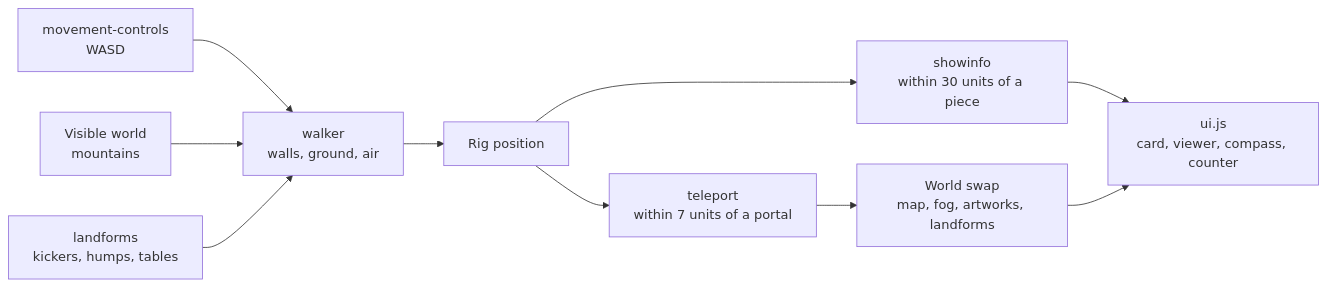
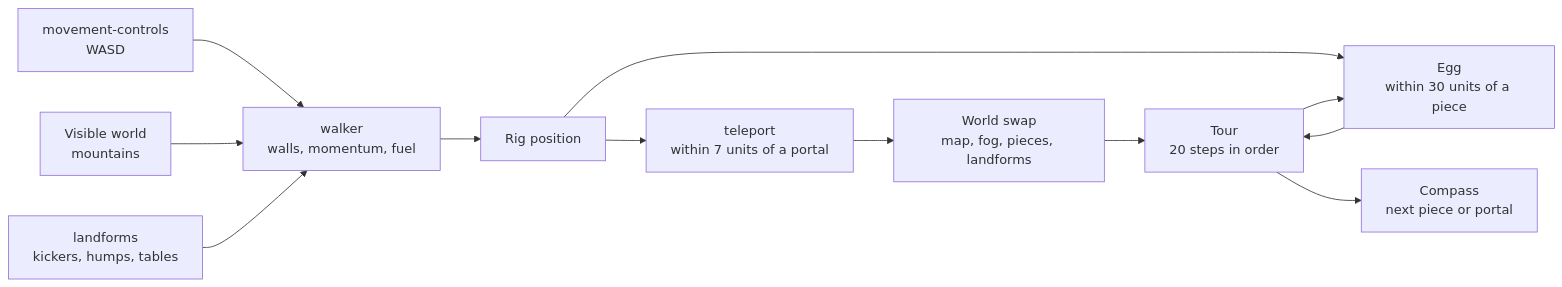
One commit to aenoriss/transcendence changed the diagram in README.md. Above: the diagram before and after it, drawn with Mermaid. The commit also changed other lines of this file and 1 other file, not shown here.

Commit message:
docs(readme): describe the tour, eggs, nitro and collection, with a header from new footage

````diff
--- a/README.md
+++ b/README.md
@@ -24,12 +28,14 @@
 ```mermaid
 flowchart LR
-  I[movement-controls<br/>WASD] --> W[walker<br/>walls, ground, air]
+  I[movement-controls<br/>WASD] --> W[walker<br/>walls, momentum, fuel]
   M[Visible world<br/>mountains] --> W
   L[landforms<br/>kickers, humps, tables] --> W
   W --> R[Rig position]
   R --> P[teleport<br/>within 7 units of a portal]
-  P --> S[World swap<br/>map, fog, artworks, landforms]
-  R --> A[showinfo<br/>within 30 units of a piece]
-  A --> U[ui.js<br/>card, viewer, compass, counter]
-  S --> U
+  P --> S[World swap<br/>map, fog, pieces, landforms]
+  R --> E[Egg<br/>within 30 units of a piece]
+  T[Tour<br/>20 steps in order] --> E
+  E --> T
+  S --> T
+  T --> C[Compass<br/>next piece or portal]
 ```
````
